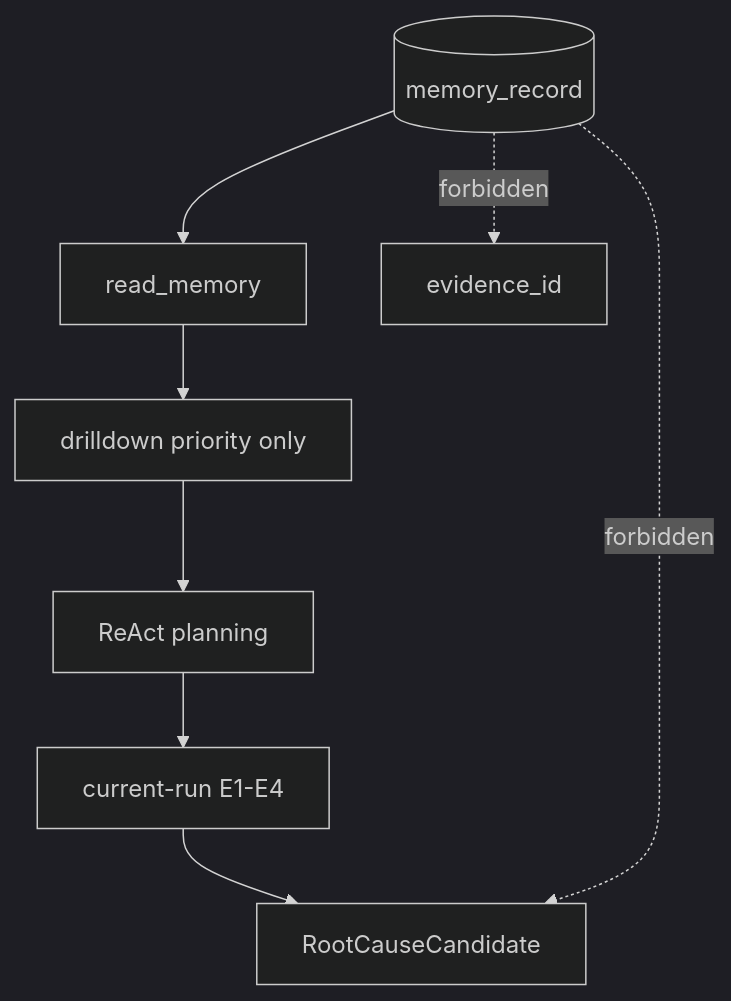
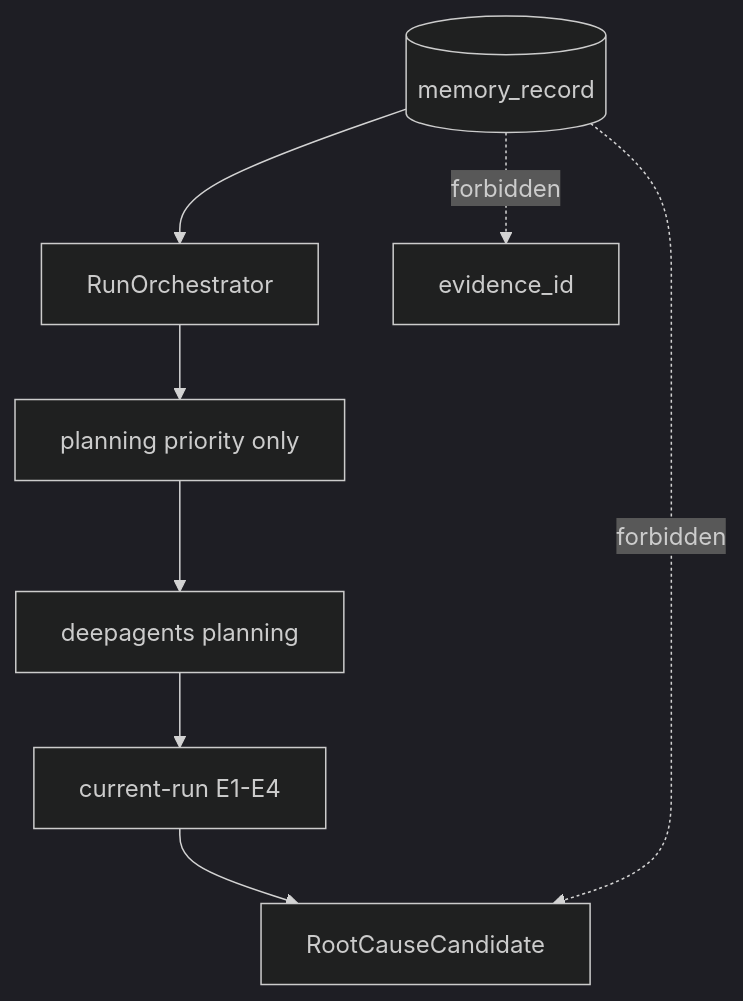
The sixth of 8 diagrams in docs/architecture.md (WOTMCCR/MetricRCA), drawn with Mermaid (dark theme) before and after one commit. The commit also changed other lines of this file and 8 other files, not shown here.

````diff
--- a/docs/architecture.md
+++ b/docs/architecture.md
@@ -91,10 +92,10 @@
 ```mermaid
 flowchart TD
-  Memory[(memory_record)] --> ReadMemory[read_memory]
-  ReadMemory --> Priority[drilldown priority only]
-  Priority --> ReAct[ReAct planning]
-  ReAct --> CurrentEvidence[current-run E1-E4]
+  Memory[(memory_record)] --> Orchestrator[RunOrchestrator]
+  Orchestrator --> Priority[planning priority only]
+  Priority --> Agent[deepagents planning]
+  Agent --> CurrentEvidence[current-run E1-E4]
   CurrentEvidence --> Candidate[RootCauseCandidate]
   Memory -. forbidden .-> Candidate
   Memory -. forbidden .-> Evidence[evidence_id]
 ```
````
